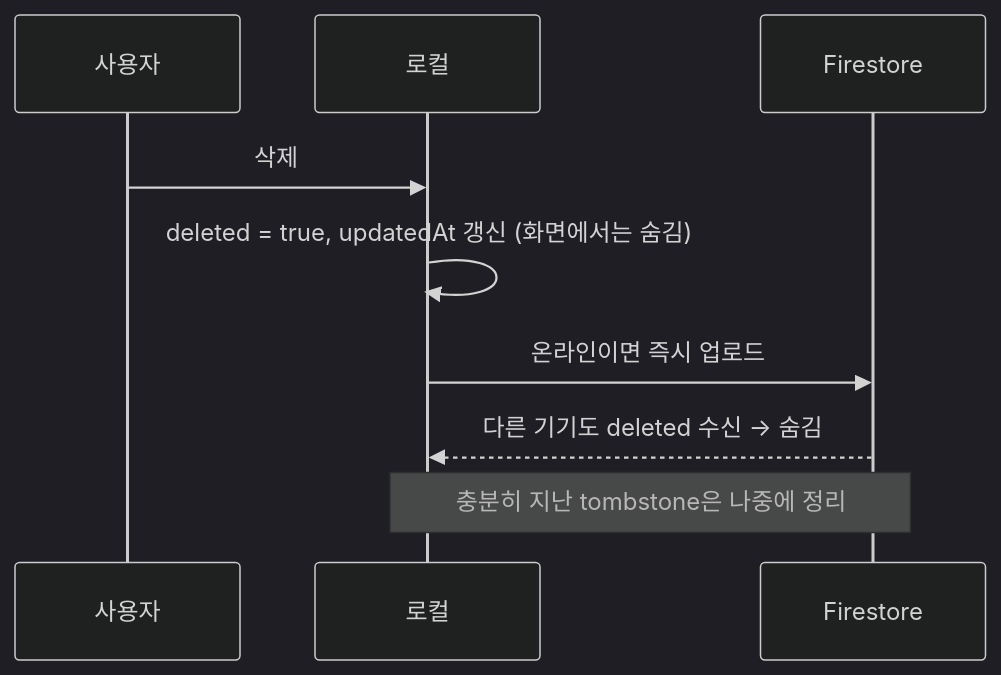
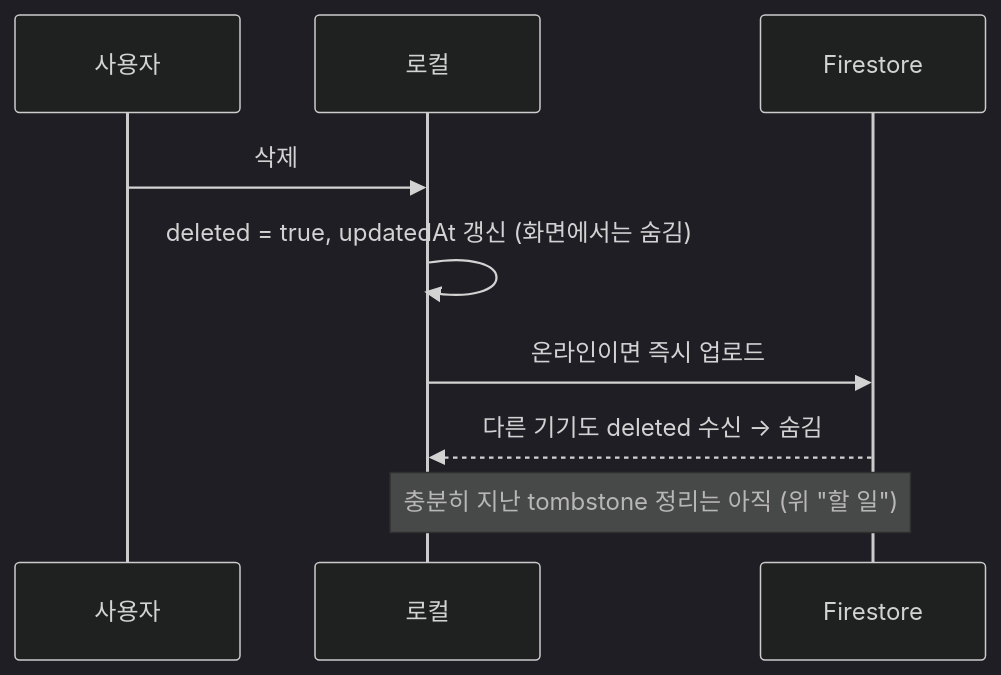
Before and after one commit to chohk1003/Keepy: the fifth of 6 diagrams in heeil/docs/firebase.md, drawn with Mermaid (dark theme). The commit also changed other lines of this file and 10 other files, not shown here.

````diff
--- a/heeil/docs/firebase.md
+++ b/heeil/docs/firebase.md
@@ -153,12 +169,12 @@
 ```mermaid
 sequenceDiagram
     participant U as 사용자
     participant L as 로컬
     participant S as Firestore
 
     U->>L: 삭제
     L->>L: deleted = true, updatedAt 갱신 (화면에서는 숨김)
     L->>S: 온라인이면 즉시 업로드
     S-->>L: 다른 기기도 deleted 수신 → 숨김
-    Note over L,S: 충분히 지난 tombstone은 나중에 정리
+    Note over L,S: 충분히 지난 tombstone 정리는 아직 (위 "할 일")
 ```
````
